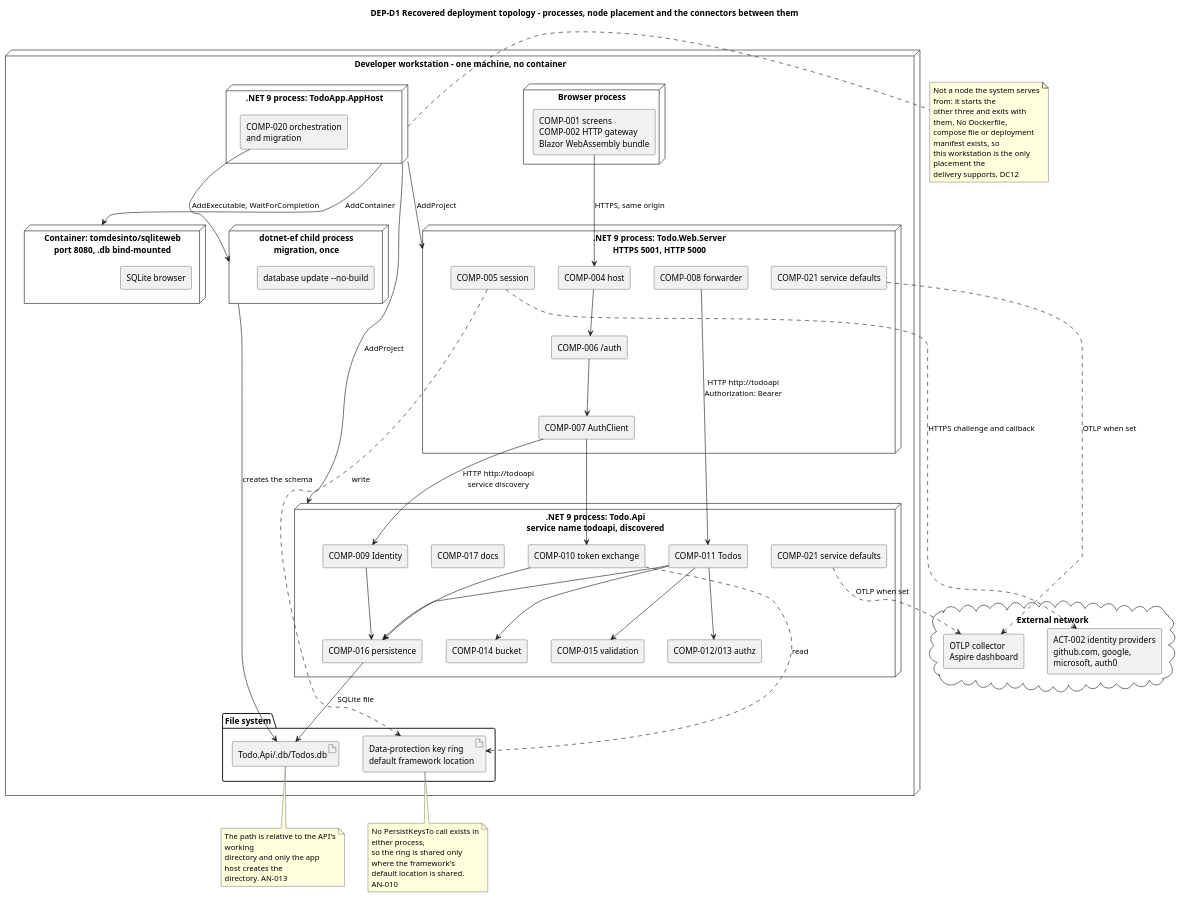
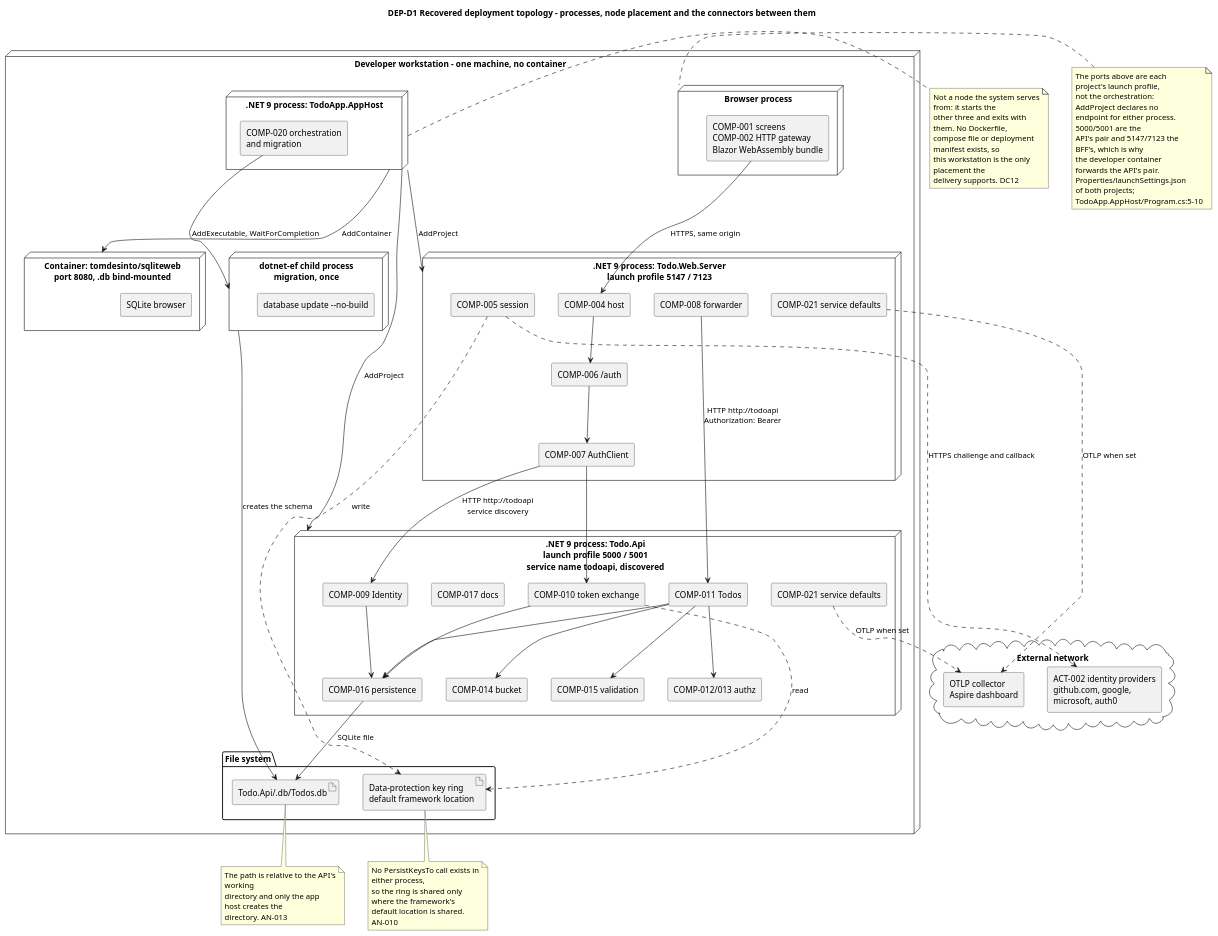
The diagram in docs/artifacts/analysis---design/deployment-model.md (banense-test/TodoApp), drawn with PlantUML before and after one commit. The commit also changed other lines of this file, not shown here.

Commit message:
Software Architect [Excavation1]: upsert Deployment Model
[skip ci]

````diff
--- a/docs/artifacts/analysis---design/deployment-model.md
+++ b/docs/artifacts/analysis---design/deployment-model.md
@@ -34,7 +32,7 @@
   node "Browser process" as BROWSER {
     component "COMP-001 screens\nCOMP-002 HTTP gateway\nBlazor WebAssembly bundle" as WASM
   }
-  node ".NET 9 process: Todo.Web.Server\nHTTPS 5001, HTTP 5000" as BFF {
+  node ".NET 9 process: Todo.Web.Server\nlaunch profile 5147 / 7123" as BFF {
     component "COMP-004 host" as B4
     component "COMP-005 session" as B5
     component "COMP-006 /auth" as B6
@@ -42,7 +40,7 @@
     component "COMP-008 forwarder" as B8
     component "COMP-021 service defaults" as B21
   }
-  node ".NET 9 process: Todo.Api\nservice name todoapi, discovered" as API {
+  node ".NET 9 process: Todo.Api\nlaunch profile 5000 / 5001\nservice name todoapi, discovered" as API {
     component "COMP-009 Identity" as A9
     component "COMP-010 token exchange" as A10
     component "COMP-011 Todos" as A11
@@ -116,5 +114,15 @@
   delivery supports. DC12
 end note
 
+note left of BROWSER
+  The ports above are each project's launch profile,
+  not the orchestration: AddProject declares no
+  endpoint for either process. 5000/5001 are the
+  API's pair and 5147/7123 the BFF's, which is why
+  the developer container forwards the API's pair.
+  Properties/launchSettings.json of both projects;
+  TodoApp.AppHost/Program.cs:5-10
+end note
+
 @enduml
 ```
````
